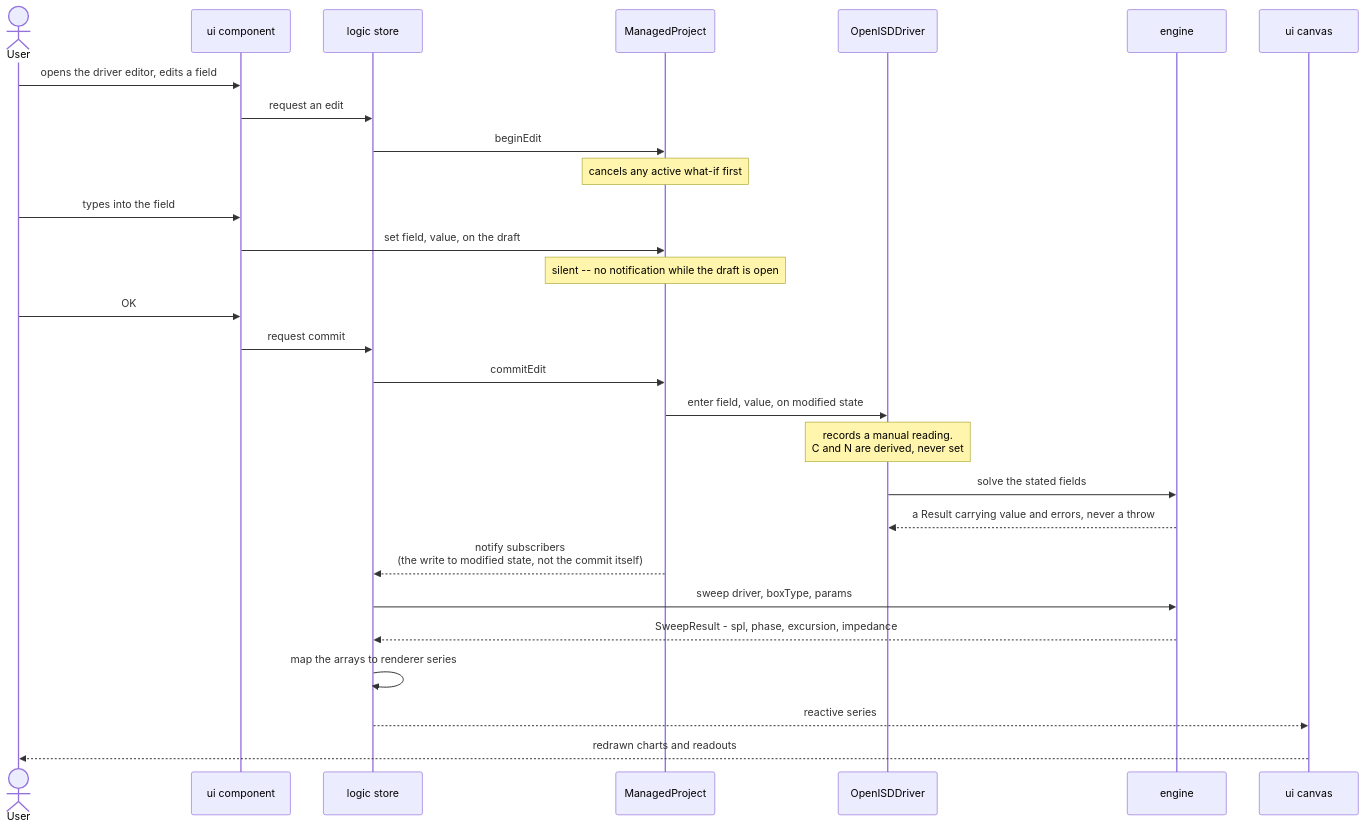
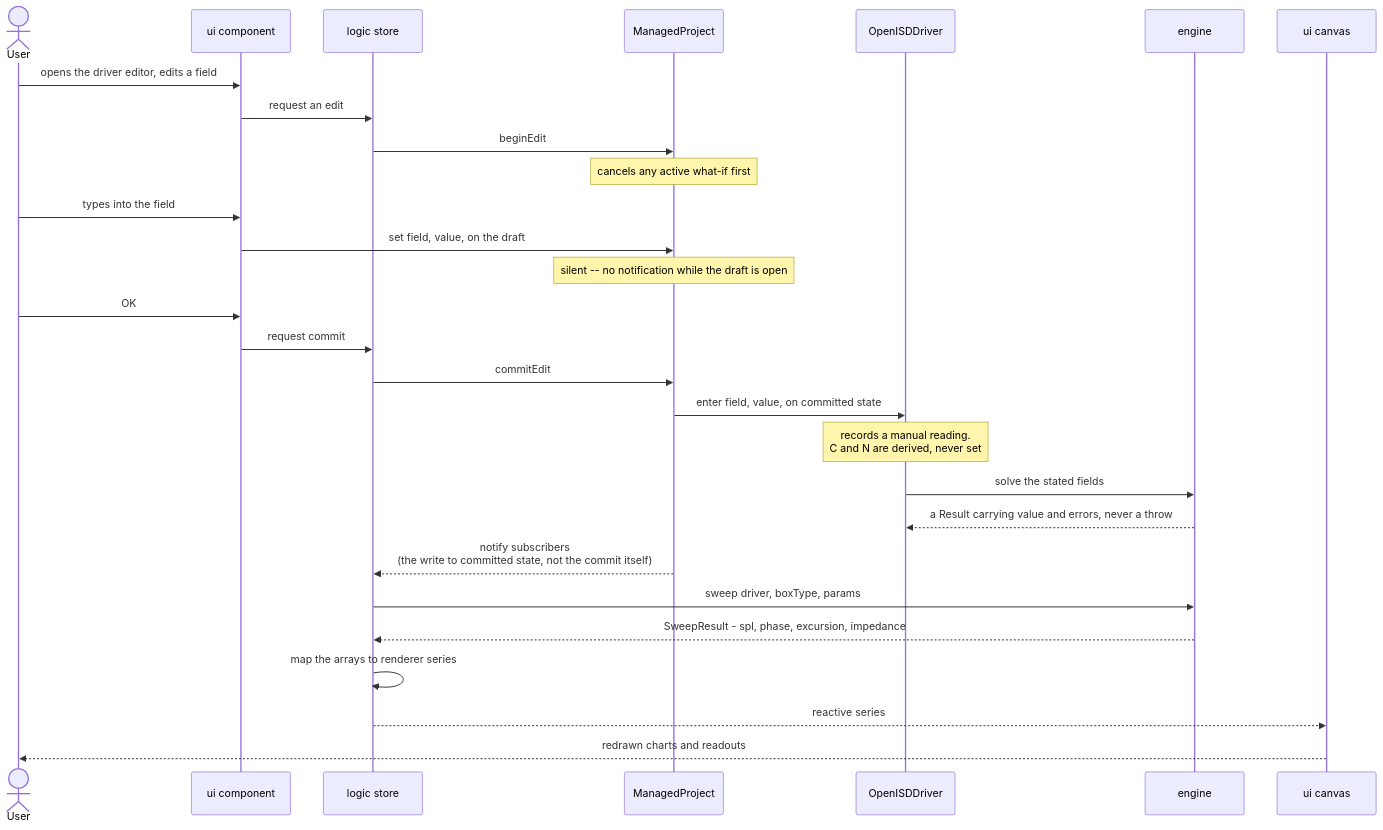
One commit to Johnlon/openisd changed the fifth of 5 diagrams in ARCHITECTURE.md. Above: the diagram before and after it, drawn with Mermaid. The commit also changed other lines of this file and 1 other file, not shown here.

First line of the commit message:
Rename "modified state" to "committed state"

````diff
--- a/ARCHITECTURE.md
+++ b/ARCHITECTURE.md
@@ -938,31 +938,31 @@
 ```mermaid
 sequenceDiagram
     actor User
     participant UI as ui component
     participant Store as logic store
     participant Managed as ManagedProject
     participant Driver as OpenISDDriver
     participant Engine as engine
     participant Canvas as ui canvas
 
     User->>UI: opens the driver editor, edits a field
     UI->>Store: request an edit
     Store->>Managed: beginEdit
     Note over Managed: cancels any active what-if first
     User->>UI: types into the field
     UI->>Managed: set field, value, on the draft
     Note over Managed: silent -- no notification while the draft is open
     User->>UI: OK
     UI->>Store: request commit
     Store->>Managed: commitEdit
-    Managed->>Driver: enter field, value, on modified state
+    Managed->>Driver: enter field, value, on committed state
     Note over Driver: records a manual reading.<br/>C and N are derived, never set
     Driver->>Engine: solve the stated fields
     Engine-->>Driver: a Result carrying value and errors, never a throw
-    Managed-->>Store: notify subscribers<br/>(the write to modified state, not the commit itself)
+    Managed-->>Store: notify subscribers<br/>(the write to committed state, not the commit itself)
     Store->>Engine: sweep driver, boxType, params
     Engine-->>Store: SweepResult - spl, phase, excursion, impedance
     Store->>Store: map the arrays to renderer series
     Store-->>Canvas: reactive series
     Canvas-->>User: redrawn charts and readouts
 ```
````
